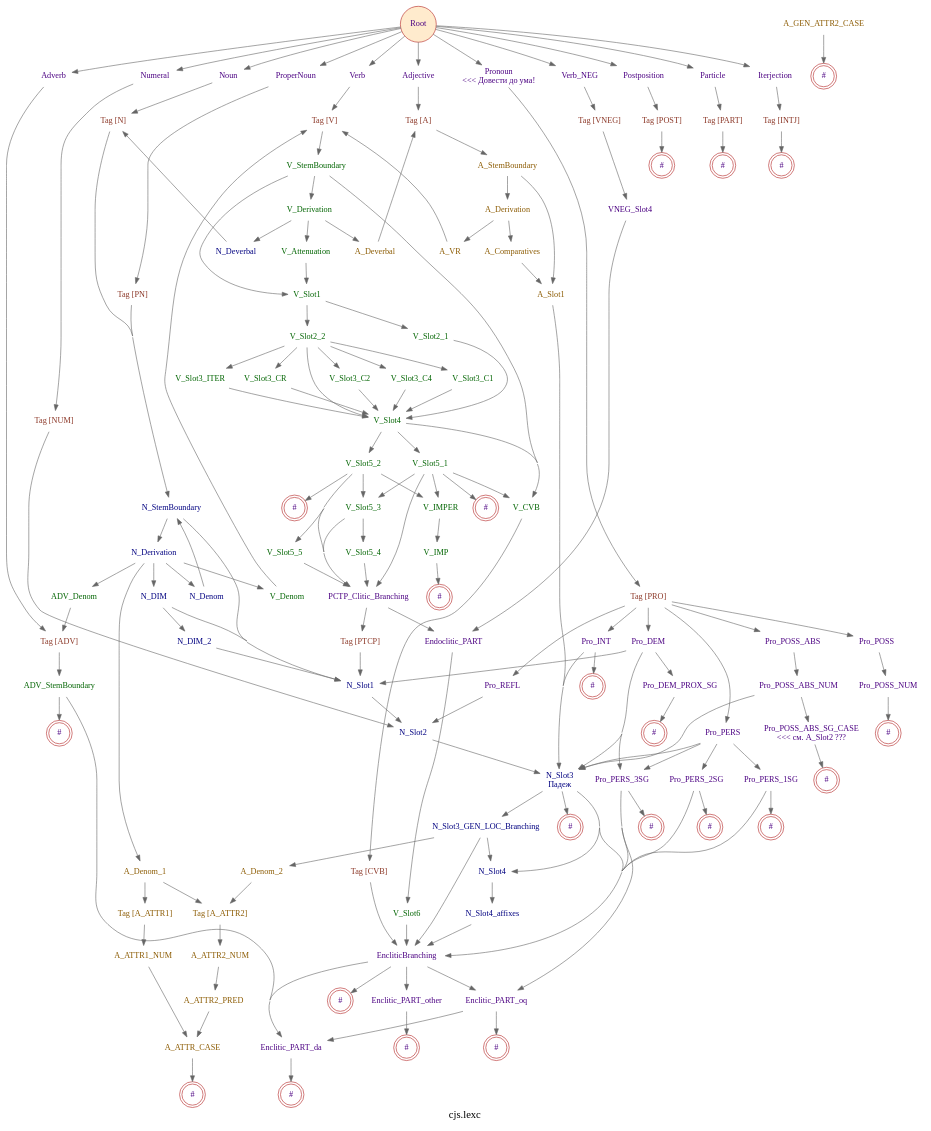
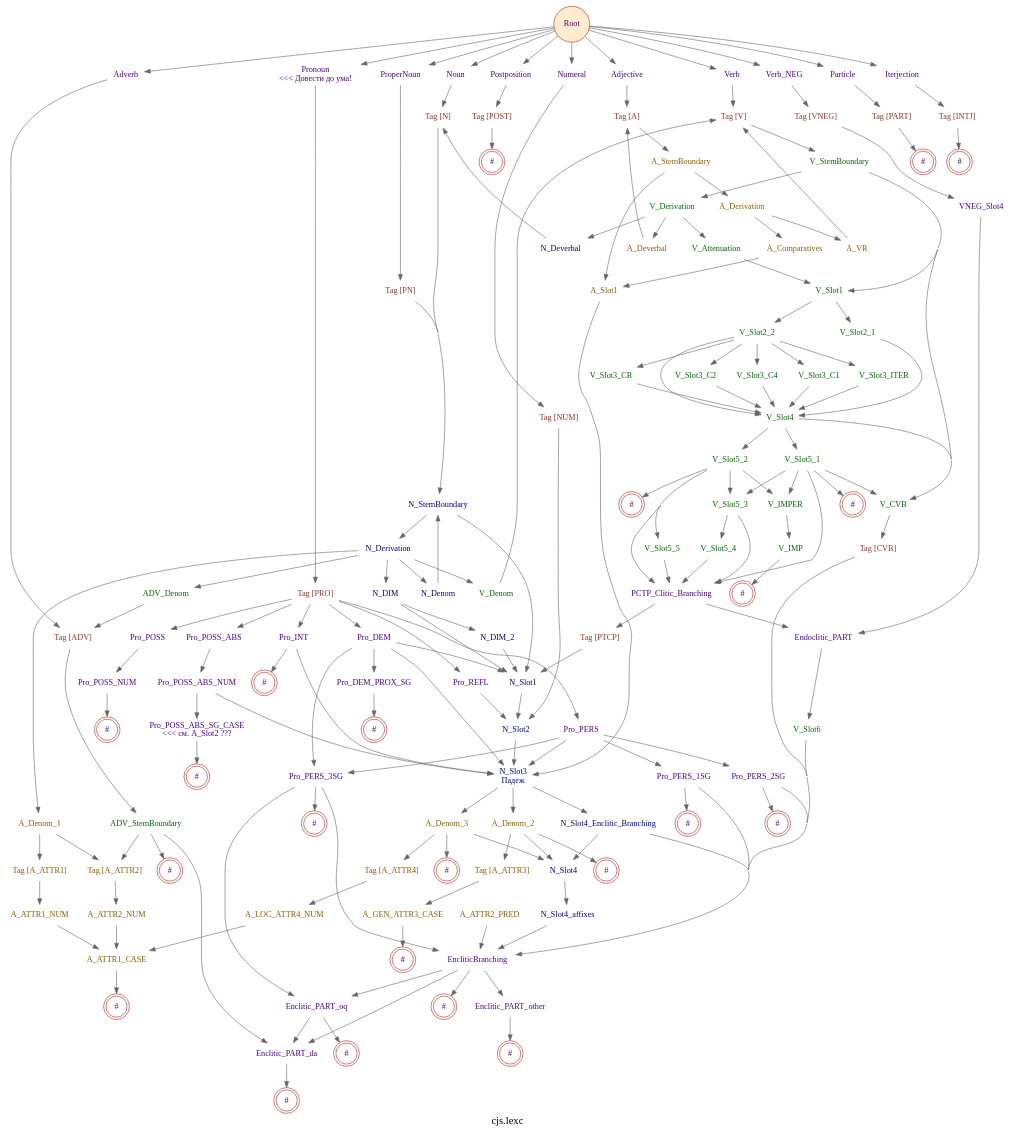
Before and after one commit to kyrill-shakhovtsov/cjs-morphology-fst: the diagram in doc/cjs.lexc.gv, drawn with Graphviz. The commit also changed 21 other files, not shown here.

```diff
--- a/doc/cjs.lexc.gv
+++ b/doc/cjs.lexc.gv
@@ -244,10 +244,16 @@
 		shape=doublecircle];
 	Enclitic_PART_da -> "Enclitic_PART_da_#";
 	ADV_StemBoundary -> Enclitic_PART_da;
+	Tag_A_ATTR2	[fontcolor=orange4,
+		label="Tag [A_ATTR2]"];
+	ADV_StemBoundary -> Tag_A_ATTR2;
 	"ADV_StemBoundary_#"	[color=firebrick,
 		label="#",
 		shape=doublecircle];
 	ADV_StemBoundary -> "ADV_StemBoundary_#";
+	A_ATTR2_NUM	[fontcolor=orange4,
+		label=A_ATTR2_NUM];
+	Tag_A_ATTR2 -> A_ATTR2_NUM;
 	N_StemBoundary -> N_Slot1;
 	N_Derivation	[fontcolor=navy,
 		label=N_Derivation];
@@ -271,78 +277,90 @@
 	N_DIM_2	[fontcolor=navy,
 		label=N_DIM_2];
 	N_DIM -> N_DIM_2;
+	A_Denom_1 -> Tag_A_ATTR2;
 	Tag_A_ATTR1	[fontcolor=orange4,
 		label="Tag [A_ATTR1]"];
 	A_Denom_1 -> Tag_A_ATTR1;
-	Tag_A_ATTR2	[fontcolor=orange4,
-		label="Tag [A_ATTR2]"];
-	A_Denom_1 -> Tag_A_ATTR2;
 	N_Denom -> N_StemBoundary;
 	V_Denom -> Tag_V;
 	ADV_Denom -> Tag_ADV;
 	N_Slot3	[fontcolor=navy,
 		label="N_Slot3\nПадеж"];
 	N_Slot2 -> N_Slot3;
-	N_Slot3 -> EncliticBranching;
-	"N_Slot3_#"	[color=firebrick,
+	N_Slot4_Enclitic_Branching	[fontcolor=navy,
+		label=N_Slot4_Enclitic_Branching];
+	N_Slot3 -> N_Slot4_Enclitic_Branching;
+	A_Denom_2	[fontcolor=orange4,
+		label=A_Denom_2];
+	N_Slot3 -> A_Denom_2;
+	A_Denom_3	[fontcolor=orange4,
+		label=A_Denom_3];
+	N_Slot3 -> A_Denom_3;
+	N_Slot4_Enclitic_Branching -> EncliticBranching;
+	N_Slot4	[fontcolor=navy,
+		label=N_Slot4];
+	N_Slot4_Enclitic_Branching -> N_Slot4;
+	A_Denom_2 -> N_Slot4;
+	Tag_A_ATTR3	[fontcolor=orange4,
+		label="Tag [A_ATTR3]"];
+	A_Denom_2 -> Tag_A_ATTR3;
+	"A_Denom_2_#"	[color=firebrick,
 		label="#",
 		shape=doublecircle];
-	N_Slot3 -> "N_Slot3_#";
-	N_Slot3_GEN_LOC_Branching	[fontcolor=navy,
-		label=N_Slot3_GEN_LOC_Branching];
-	N_Slot3 -> N_Slot3_GEN_LOC_Branching;
-	N_Slot4	[fontcolor=navy,
-		label=N_Slot4];
-	N_Slot3 -> N_Slot4;
-	N_Slot3_GEN_LOC_Branching -> EncliticBranching;
-	N_Slot3_GEN_LOC_Branching -> N_Slot4;
-	A_Denom_2	[fontcolor=orange4,
-		label=A_Denom_2];
-	N_Slot3_GEN_LOC_Branching -> A_Denom_2;
+	A_Denom_2 -> "A_Denom_2_#";
+	A_Denom_3 -> N_Slot4;
+	Tag_A_ATTR4	[fontcolor=orange4,
+		label="Tag [A_ATTR4]"];
+	A_Denom_3 -> Tag_A_ATTR4;
+	"A_Denom_3_#"	[color=firebrick,
+		label="#",
+		shape=doublecircle];
+	A_Denom_3 -> "A_Denom_3_#";
 	N_Slot4_affixes	[fontcolor=navy,
 		label=N_Slot4_affixes];
 	N_Slot4 -> N_Slot4_affixes;
-	A_Denom_2 -> Tag_A_ATTR2;
 	N_Slot4_affixes -> EncliticBranching;
 	N_DIM_2 -> N_Slot1;
 	A_ATTR1_NUM	[fontcolor=orange4,
 		label=A_ATTR1_NUM];
 	Tag_A_ATTR1 -> A_ATTR1_NUM;
-	A_ATTR2_NUM	[fontcolor=orange4,
-		label=A_ATTR2_NUM];
-	Tag_A_ATTR2 -> A_ATTR2_NUM;
+	A_GEN_ATTR3_CASE	[fontcolor=orange4,
+		label=A_GEN_ATTR3_CASE];
+	Tag_A_ATTR3 -> A_GEN_ATTR3_CASE;
+	A_LOC_ATTR4_NUM	[fontcolor=orange4,
+		label=A_LOC_ATTR4_NUM];
+	Tag_A_ATTR4 -> A_LOC_ATTR4_NUM;
 	A_Derivation	[fontcolor=orange4,
 		label=A_Derivation];
 	A_StemBoundary -> A_Derivation;
 	A_Slot1	[fontcolor=orange4,
 		label=A_Slot1];
 	A_StemBoundary -> A_Slot1;
+	A_Comparatives	[fontcolor=orange4,
+		label=A_Comparatives];
+	A_Derivation -> A_Comparatives;
 	A_VR	[fontcolor=orange4,
 		label=A_VR];
 	A_Derivation -> A_VR;
-	A_Comparatives	[fontcolor=orange4,
-		label=A_Comparatives];
-	A_Derivation -> A_Comparatives;
 	A_Slot1 -> N_Slot3;
-	A_ATTR_CASE	[fontcolor=orange4,
-		label=A_ATTR_CASE];
-	A_ATTR1_NUM -> A_ATTR_CASE;
-	"A_ATTR_CASE_#"	[color=firebrick,
+	A_ATTR1_CASE	[fontcolor=orange4,
+		label=A_ATTR1_CASE];
+	A_ATTR1_NUM -> A_ATTR1_CASE;
+	"A_ATTR1_CASE_#"	[color=firebrick,
 		label="#",
 		shape=doublecircle];
-	A_ATTR_CASE -> "A_ATTR_CASE_#";
+	A_ATTR1_CASE -> "A_ATTR1_CASE_#";
+	A_ATTR2_NUM -> A_ATTR1_CASE;
 	A_ATTR2_PRED	[fontcolor=orange4,
 		label=A_ATTR2_PRED];
-	A_ATTR2_NUM -> A_ATTR2_PRED;
-	A_ATTR2_PRED -> A_ATTR_CASE;
-	A_GEN_ATTR2_CASE	[fontcolor=orange4,
-		label=A_GEN_ATTR2_CASE];
-	"A_GEN_ATTR2_CASE_#"	[color=firebrick,
+	A_ATTR2_PRED -> EncliticBranching;
+	"A_GEN_ATTR3_CASE_#"	[color=firebrick,
 		label="#",
 		shape=doublecircle];
-	A_GEN_ATTR2_CASE -> "A_GEN_ATTR2_CASE_#";
+	A_GEN_ATTR3_CASE -> "A_GEN_ATTR3_CASE_#";
+	A_LOC_ATTR4_NUM -> A_ATTR1_CASE;
+	A_Comparatives -> A_Slot1;
 	A_VR -> Tag_V;
-	A_Comparatives -> A_Slot1;
 	Pro_PERS	[label=Pro_PERS];
 	Tag_PRO -> Pro_PERS;
 	Pro_POSS	[label=Pro_POSS];
```
